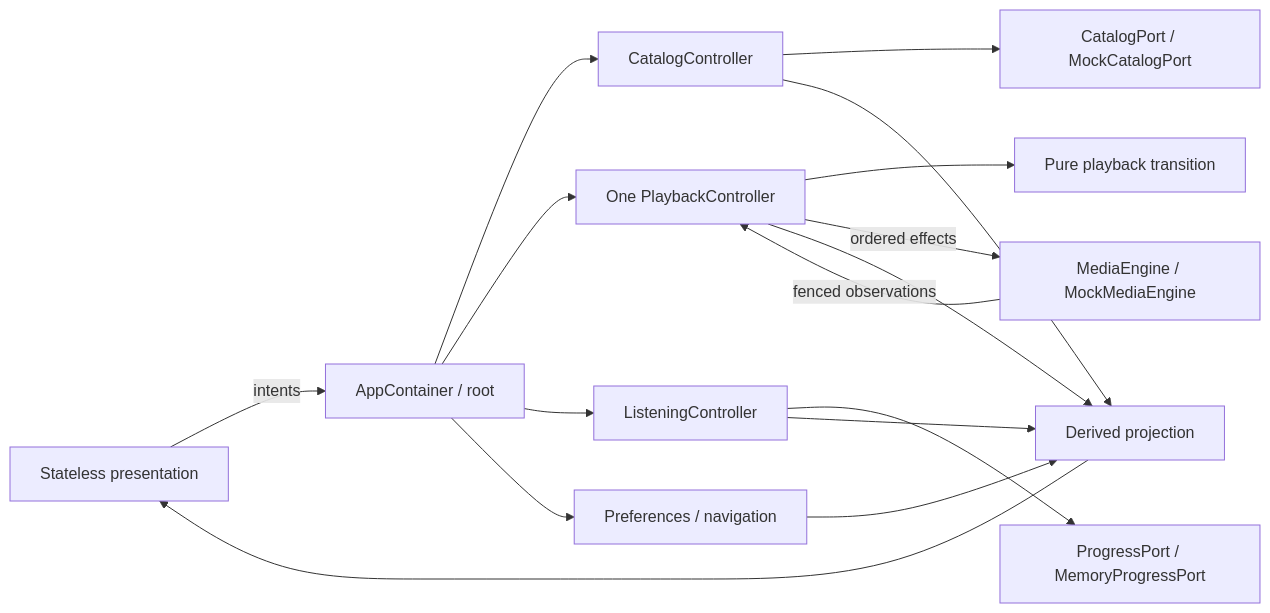
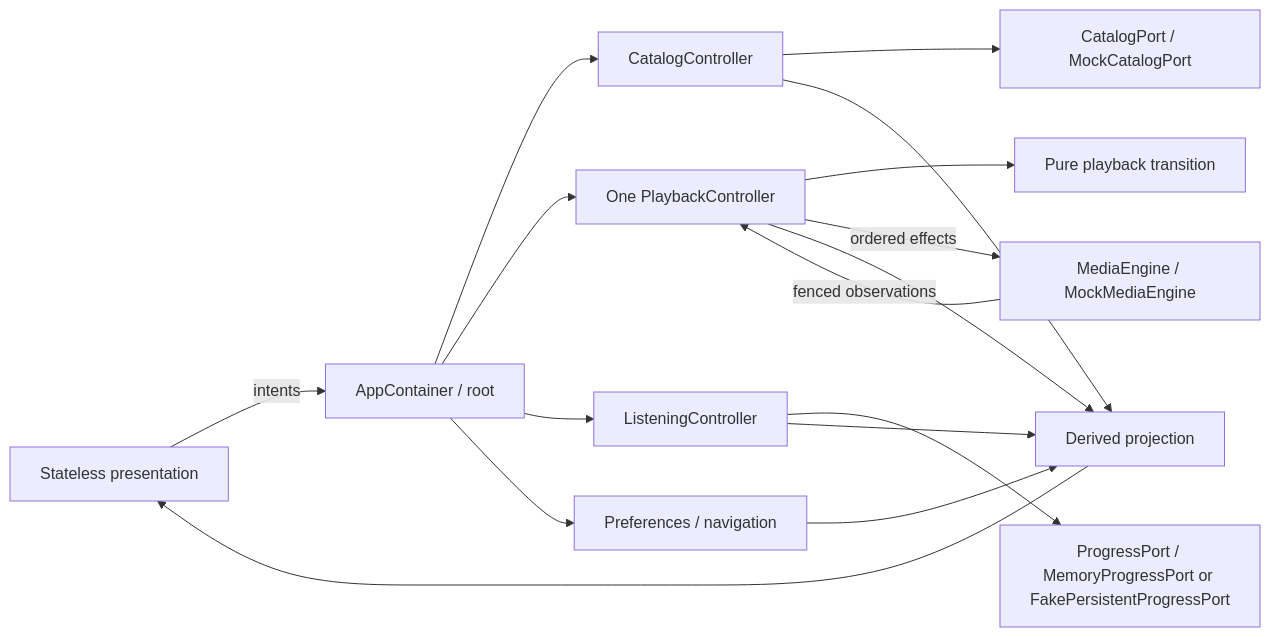
Before and after one commit to loveoverflowcom/cantos: the diagram in apps/cantos-theatre/mobile/docs/architecture.md, drawn with Mermaid. The commit also changed other lines of this file and 14 other files, not shown here.

````diff
--- a/apps/cantos-theatre/mobile/docs/architecture.md
+++ b/apps/cantos-theatre/mobile/docs/architecture.md
@@ -49,18 +49,18 @@
 ```mermaid
 flowchart LR
   UI[Stateless presentation] -->|intents| App[AppContainer / root]
   App --> Catalog[CatalogController]
   App --> Playback[One PlaybackController]
   App --> Listening[ListeningController]
   App --> Prefs[Preferences / navigation]
   Catalog --> CP[CatalogPort / MockCatalogPort]
   Playback --> Core[Pure playback transition]
   Playback -->|ordered effects| Engine[MediaEngine / MockMediaEngine]
   Engine -->|fenced observations| Playback
-  Listening --> PP[ProgressPort / MemoryProgressPort]
+  Listening --> PP[ProgressPort / MemoryProgressPort or FakePersistentProgressPort]
   Catalog --> View[Derived projection]
   Playback --> View
   Listening --> View
   Prefs --> View
   View --> UI
 ```
````
